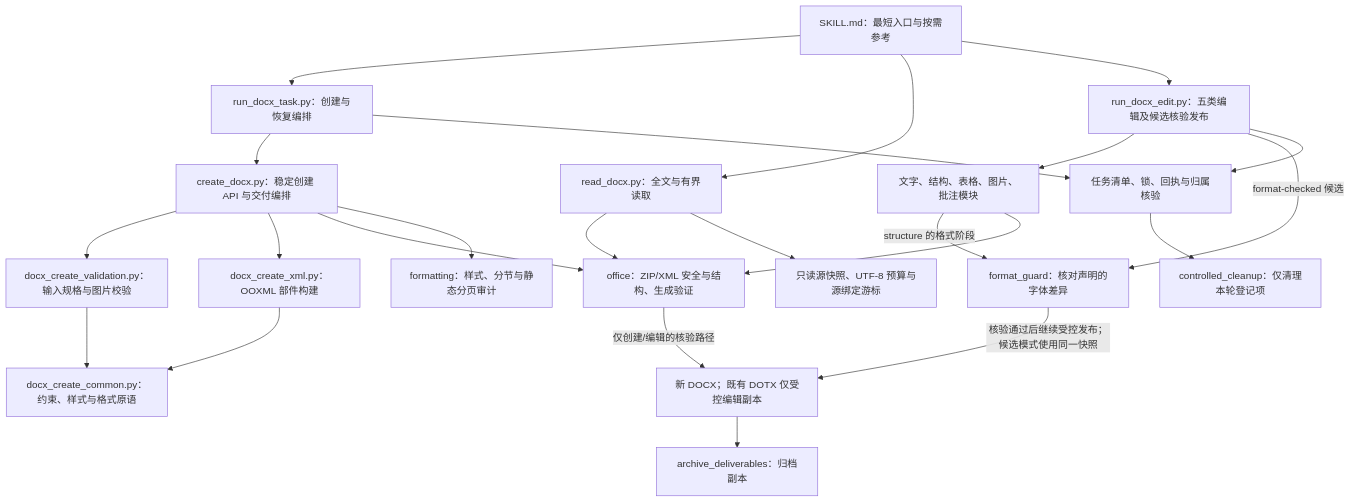
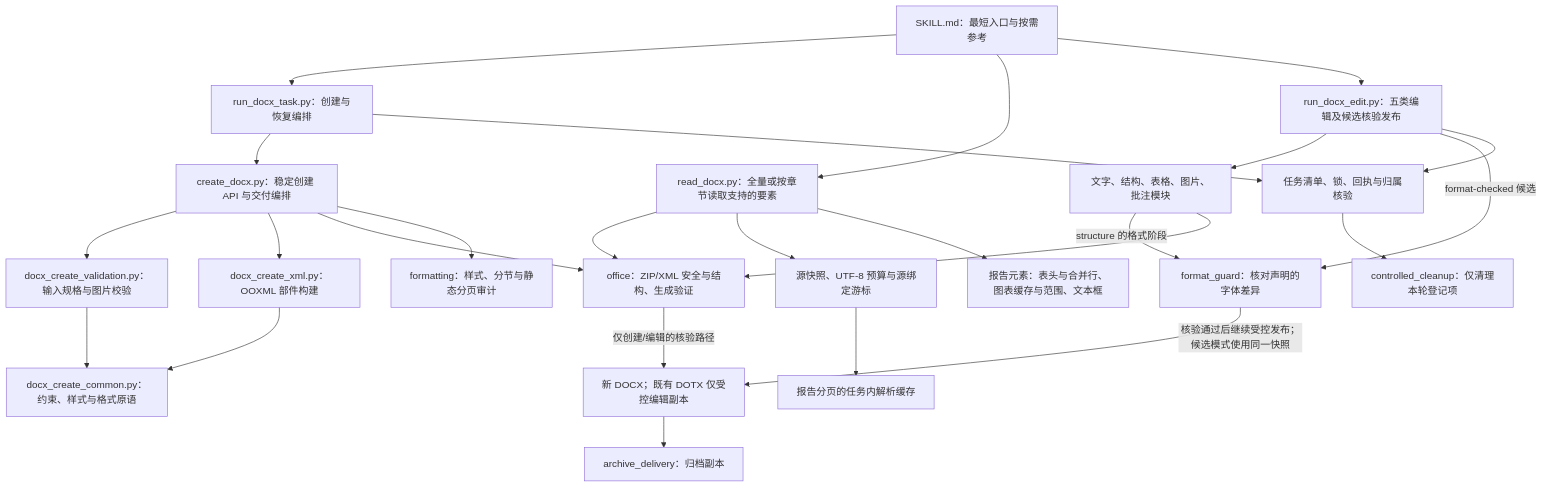
The first of 2 diagrams in docs/skills/docx.md (JohnParken/PSL-SKILLS), drawn with Mermaid before and after one commit. The commit also changed other lines of this file and 56 other files, not shown here.

Commit message:
feat(docx): enrich report reading and adopt verified delivery lifecycle

````diff
--- a/docs/skills/docx.md
+++ b/docs/skills/docx.md
@@ -50,25 +49,27 @@
 ```mermaid
 flowchart TD
     A["SKILL.md：最短入口与按需参考"] --> B["run_docx_task.py：创建与恢复编排"]
-    A --> C["read_docx.py：全文与有界读取"]
+    A --> C["read_docx.py：全量或按章节读取支持的要素"]
     A --> D["run_docx_edit.py：五类编辑及候选核验发布"]
     B --> E["create_docx.py：稳定创建 API 与交付编排"]
     E --> ES["docx_create_validation.py：输入规格与图片校验"]
     ES --> EC["docx_create_common.py：约束、样式与格式原语"]
     E --> EX["docx_create_xml.py：OOXML 部件构建"]
     EX --> EC
     D --> F["文字、结构、表格、图片、批注模块"]
     D -->|"format-checked 候选"| FG["format_guard：核对声明的字体差异"]
     F -->|"structure 的格式阶段"| FG
     FG -->|"核验通过后继续受控发布；候选模式使用同一快照"| I
     E --> G["office：ZIP/XML 安全与结构、生成验证"]
     F --> G
     C --> G
-    C --> P["只读源快照、UTF-8 预算与源绑定游标"]
+    C --> P["源快照、UTF-8 预算与源绑定游标"]
+    P --> PC["报告分页的任务内解析缓存"]
+    C --> DR["报告元素：表头与合并行、图表缓存与范围、文本框"]
     E --> H["formatting：样式、分节与静态分页审计"]
     G -->|"仅创建/编辑的核验路径"| I["新 DOCX；既有 DOTX 仅受控编辑副本"]
     B --> J["任务清单、锁、回执与归属核验"]
     D --> J
-    I --> K["archive_deliverables：归档副本"]
+    I --> K["archive_delivery：归档副本"]
     J --> L["controlled_cleanup：仅清理本轮登记项"]
 ```
````
